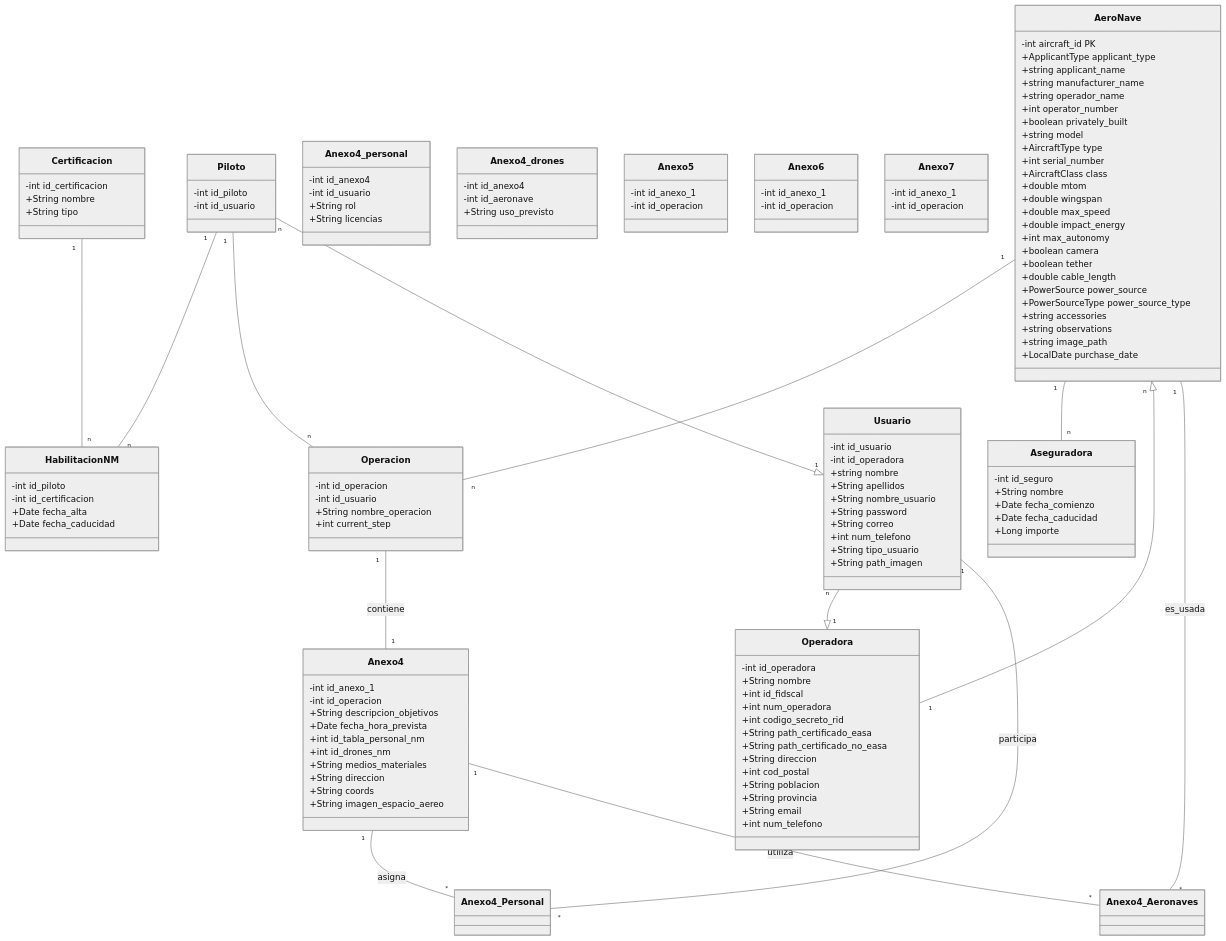
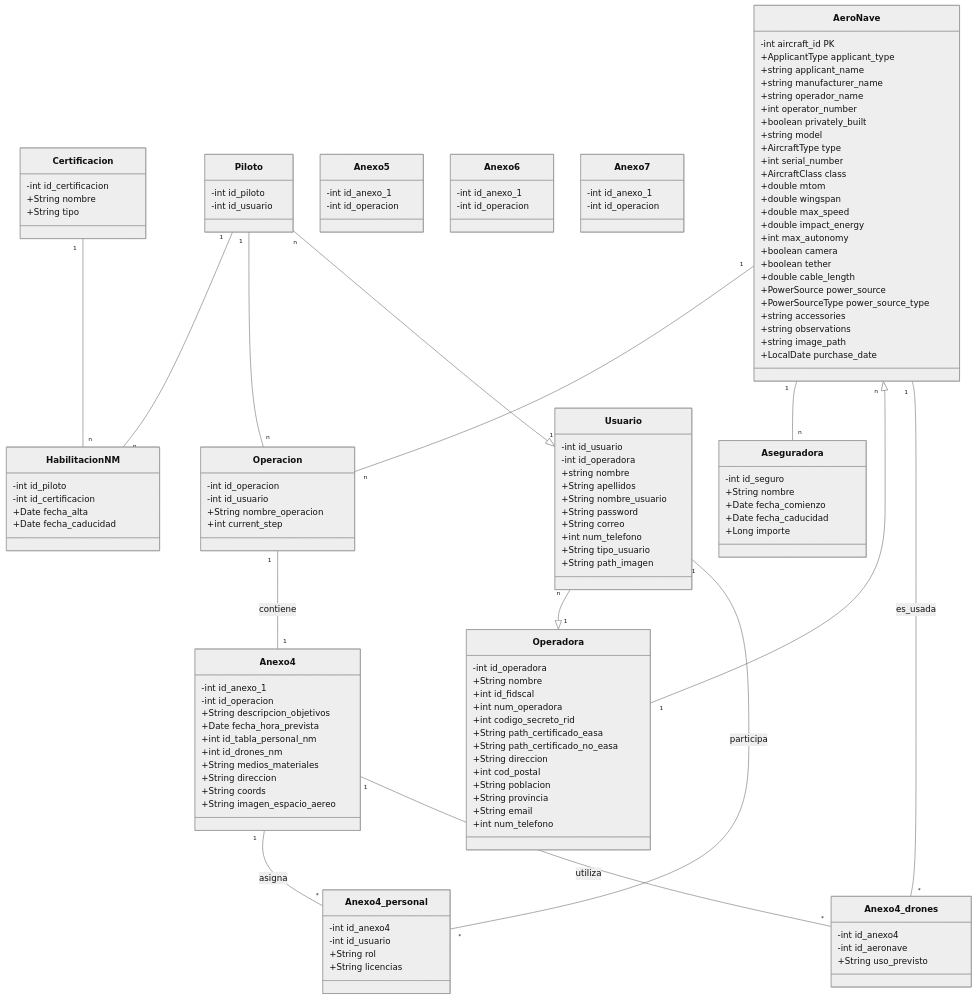
One commit to kfuentesb/DroneGestory changed the diagram in GestorDrones-2026-03-04-082714.mmd. Above: the diagram before and after it, drawn with Mermaid (neutral theme).

Commit message:
mermaid operaciones

```diff
--- a/GestorDrones-2026-03-04-082714.mmd
+++ b/GestorDrones-2026-03-04-082714.mmd
@@ -1,147 +1,147 @@
 classDiagram
 
     class HabilitacionNM {
 	    -int id_piloto
 	    -int id_certificacion
 	    +Date fecha_alta
 	    +Date fecha_caducidad
     }
 
     class Piloto {
 	    -int id_piloto
       -int id_usuario
     }
 
     class Certificacion {
 	    -int id_certificacion
 	    +String nombre
 	    +String tipo
     }
 
     class Operacion {
 	    -int id_operacion
 	    -int id_usuario
       +String nombre_operacion
 	    +int current_step
     }
 
     class Anexo4{
       -int id_anexo_1
       -int id_operacion
       +String descripcion_objetivos
       +Date fecha_hora_prevista
       +int id_tabla_personal_nm
       +int id_drones_nm
       +String medios_materiales
       +String direccion
       +String coords
       +String imagen_espacio_aereo
     }
 
     class Anexo4_personal{
       -int id_anexo4
       -int id_usuario
       +String rol
       +String licencias
     }
 
     class Anexo4_drones{
       -int id_anexo4
       -int id_aeronave
       +String uso_previsto
     }
 
     class Anexo5{
       -int id_anexo_1
       -int id_operacion
     }
 
     class Anexo6{
       -int id_anexo_1
       -int id_operacion
     }
 
     class Anexo7{
       -int id_anexo_1
       -int id_operacion
     }
 
     class AeroNave {
         -int aircraft_id PK
         +ApplicantType applicant_type
         +string applicant_name
         +string manufacturer_name
         +string operador_name
         +int operator_number
         +boolean privately_built
         +string model
         +AircraftType type
         +int serial_number
         +AircraftClass class
         +double mtom
         +double wingspan
         +double max_speed
         +double impact_energy
         +int max_autonomy
         +boolean camera
         +boolean tether
         +double cable_length
         +PowerSource power_source
         +PowerSourceType power_source_type
         +string accessories
         +string observations
         +string image_path
         +LocalDate purchase_date
     }
 
     class Aseguradora {
 	    -int id_seguro
 	    +String nombre
 	    +Date fecha_comienzo
 	    +Date fecha_caducidad
 	    +Long importe
     }
 
     class Operadora {
 	    -int id_operadora
 	    +String nombre
       +int id_fidscal
       +int num_operadora
       +int codigo_secreto_rid
       +String path_certificado_easa
       +String path_certificado_no_easa
       +String direccion
       +int cod_postal
       +String poblacion
       +String provincia
       +String email
       +int num_telefono
     }
 
     class Usuario{
       -int id_usuario
       -int id_operadora
       +string nombre
       +String apellidos
       +String nombre_usuario
       +String password
       +String correo
       +int num_telefono
       +String tipo_usuario
       +String path_imagen
     }
 
     Piloto "1" -- "n" HabilitacionNM
     Certificacion "1" -- "n" HabilitacionNM
     Piloto "1" -- "n" Operacion
     AeroNave "1" -- "n" Operacion
     AeroNave "1" -- "n" Aseguradora
     Piloto "n" --|> "1" Usuario
     Usuario "n" --|> "1" Operadora
     AeroNave "n" <|-- "1" Operadora
 
     Operacion "1" -- "1" Anexo4 : contiene
-    Anexo4 "1" -- "*" Anexo4_Personal : asigna
-    Usuario "1" -- "*" Anexo4_Personal : participa
-    Anexo4 "1" -- "*" Anexo4_Aeronaves : utiliza
-    AeroNave "1" -- "*" Anexo4_Aeronaves : es_usada
+    Anexo4 "1" -- "*" Anexo4_personal : asigna
+    Usuario "1" -- "*" Anexo4_personal : participa
+    Anexo4 "1" -- "*" Anexo4_drones : utiliza
+    AeroNave "1" -- "*" Anexo4_drones : es_usada
```
